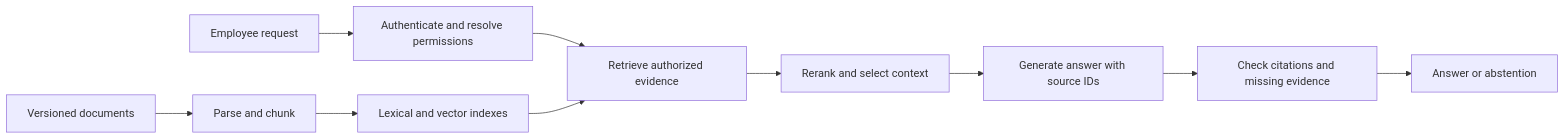
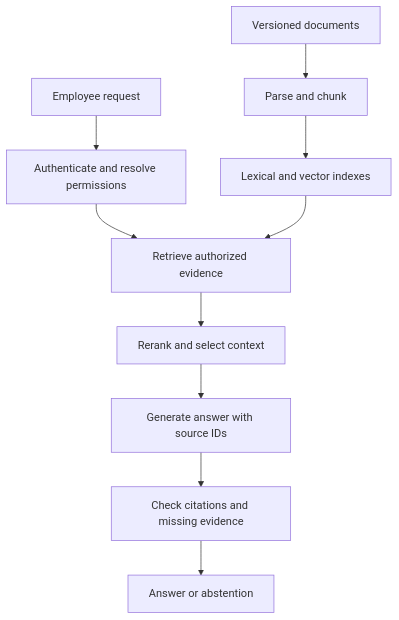
One commit to FabG/genai-engineering-interview changed the first of 6 diagrams in system-design/README.md. Above: the diagram before and after it, drawn with Mermaid. The commit also changed other lines of this file and 16 other files, not shown here.

````diff
--- a/system-design/README.md
+++ b/system-design/README.md
@@ -52,12 +54,14 @@
 ```mermaid
-flowchart LR
+flowchart TD
+    accTitle: Permission-aware knowledge assistant
+    accDescr: Documents populate search indexes; authenticated requests retrieve authorized evidence and produce checked answers.
     Sources[Versioned documents] --> Ingest[Parse and chunk]
     Ingest --> Index[Lexical and vector indexes]
     User[Employee request] --> Auth[Authenticate and resolve permissions]
     Auth --> Retrieve[Retrieve authorized evidence]
     Index --> Retrieve
     Retrieve --> Rank[Rerank and select context]
     Rank --> Generate[Generate answer with source IDs]
     Generate --> Check[Check citations and missing evidence]
     Check --> Answer[Answer or abstention]
 ```
````
